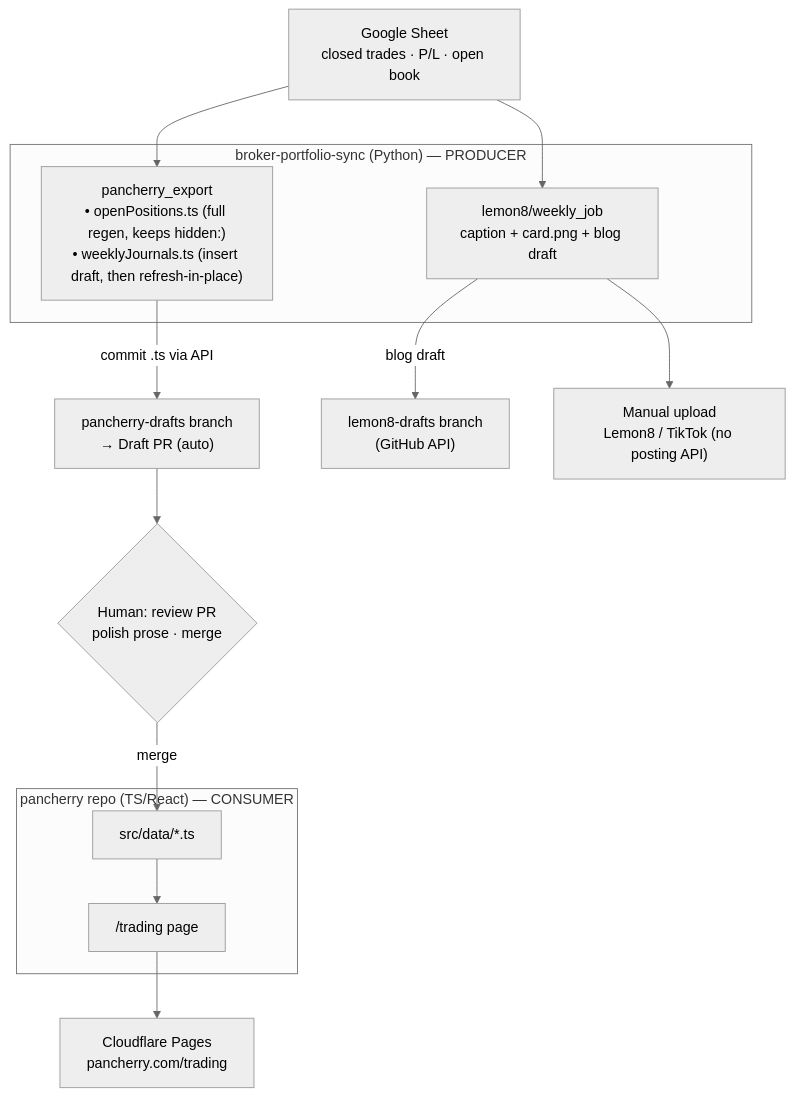
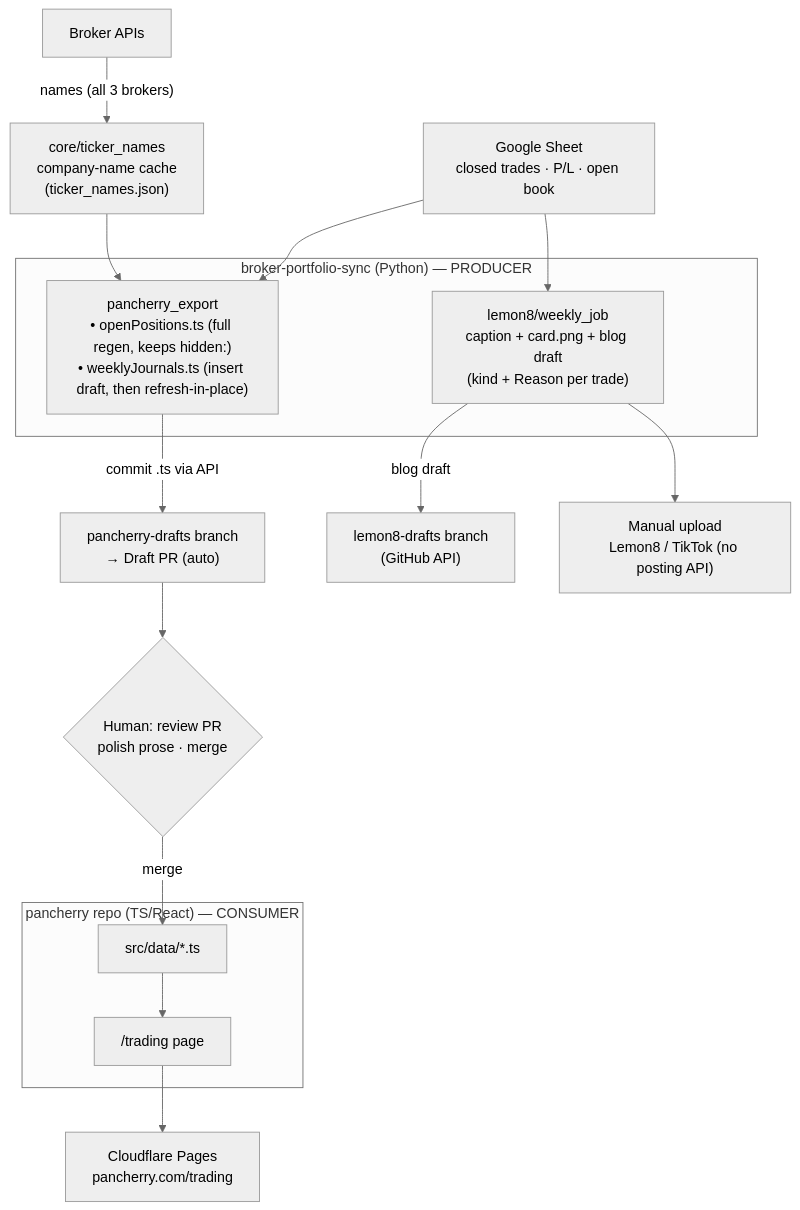
Before and after one commit to leshweyeewin/broker-portfolio-sync: the third of 5 diagrams in README.md, drawn with Mermaid (neutral theme). The commit also changed other lines of this file, not shown here.

First line of the commit message:
docs: refresh README to latest — full build status, scheduled jobs, updated diagrams

````diff
--- a/README.md
+++ b/README.md
@@ -121,28 +175,32 @@
 ```mermaid
 flowchart TD
     GS["Google Sheet<br/>closed trades · P/L · open book"]
 
+    BRK["Broker APIs"]
+    TN["core/ticker_names<br/>company-name cache<br/>(ticker_names.json)"]
+
     subgraph PROD["broker-portfolio-sync (Python) — PRODUCER"]
         PE["pancherry_export<br/>• openPositions.ts (full regen, keeps hidden:)<br/>• weeklyJournals.ts (insert draft, then refresh-in-place)"]
-        L8["lemon8/weekly_job<br/>caption + card.png + blog draft"]
+        L8["lemon8/weekly_job<br/>caption + card.png + blog draft<br/>(kind + Reason per trade)"]
     end
 
     PRB["pancherry-drafts branch<br/>→ Draft PR (auto)"]
     L8B["lemon8-drafts branch<br/>(GitHub API)"]
     UP["Manual upload<br/>Lemon8 / TikTok (no posting API)"]
 
     subgraph CONS["pancherry repo (TS/React) — CONSUMER"]
         TS["src/data/*.ts"]
         SITE["/trading page"]
     end
 
     REVIEW{"Human: review PR<br/>polish prose · merge"}
     CF["Cloudflare Pages<br/>pancherry.com/trading"]
 
+    BRK -->|"names (all 3 brokers)"| TN --> PE
     GS --> PE
     GS --> L8
     PE -->|"commit .ts via API"| PRB --> REVIEW
     REVIEW -->|merge| TS --> SITE --> CF
     L8 -->|"blog draft"| L8B
     L8 --> UP
 ```
````
